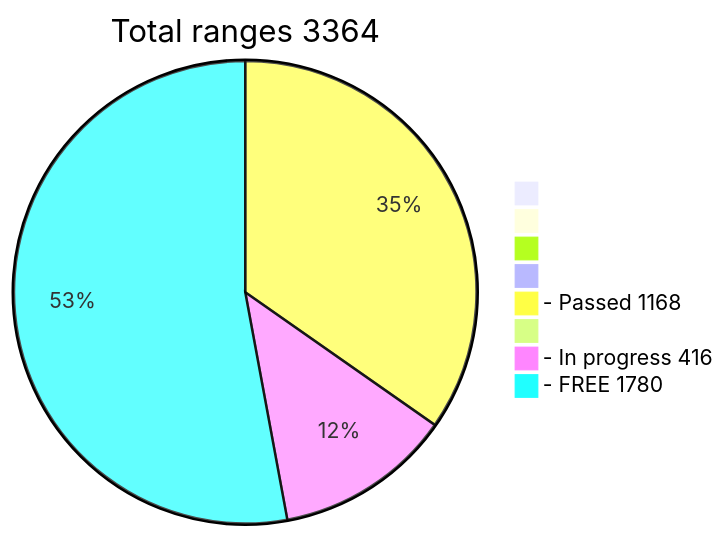
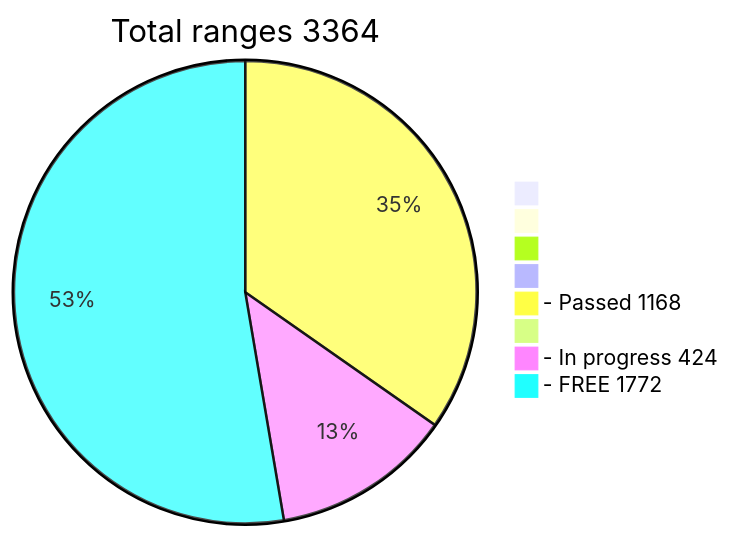
The diagram in README.md (phrutis/wif500), drawn with Mermaid before and after one commit.

````diff
--- a/README.md
+++ b/README.md
@@ -16,12 +16,12 @@
 ```mermaid
 pie title Total ranges 3364
              " " : 0
             "  " : 0
            "   " : 0
           "    " : 0
   "- Passed 1168" : 1168
          "     " : 0
-  "- In progress 416" : 416
-   "- FREE 1780" : 1780
+  "- In progress 424" : 424
+   "- FREE 1772" : 1772
    
 ```
````
